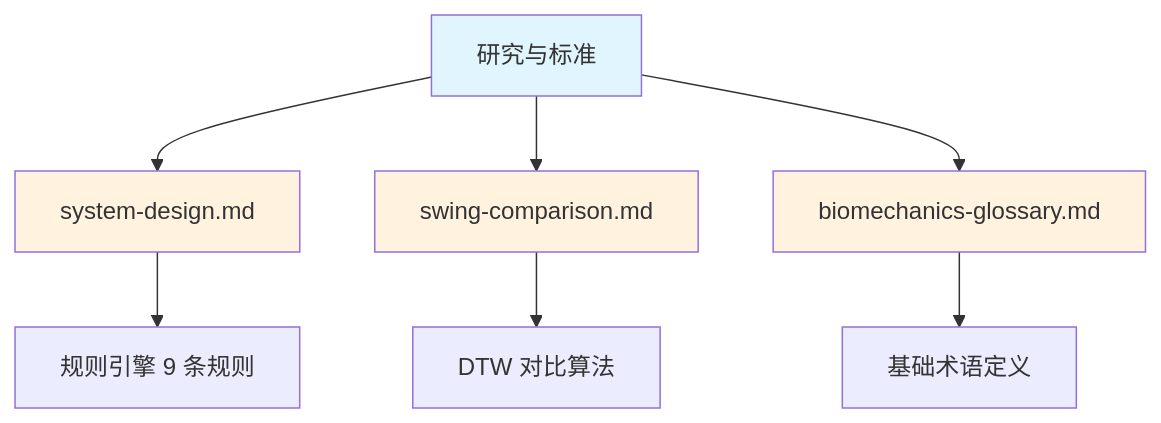
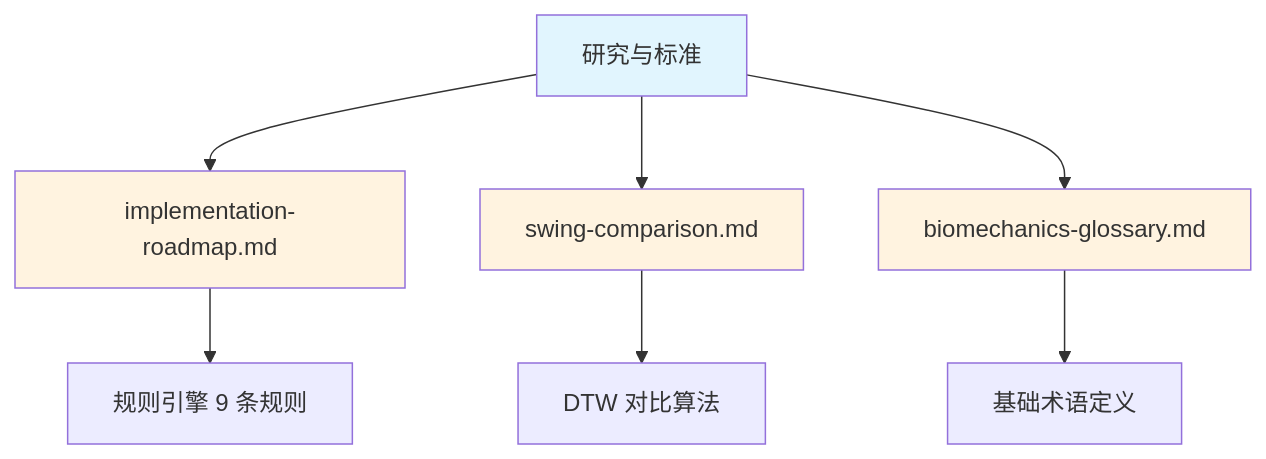
One commit to movement-chain-ai/movement-chain-docs changed the diagram in docs/zh/design/research/index.md. Above: the diagram before and after it, drawn with Mermaid. The commit also changed other lines of this file and 2 other files, not shown here.

````diff
--- a/docs/zh/design/research/index.md
+++ b/docs/zh/design/research/index.md
@@ -76,15 +77,15 @@
 ```mermaid
 graph TD
-    A[研究与标准] --> B[system-design.md]
+    A[研究与标准] --> B[implementation-roadmap.md]
     A --> C[swing-comparison.md]
     A --> D[biomechanics-glossary.md]
 
     B --> E[规则引擎 9 条规则]
     C --> F[DTW 对比算法]
     D --> G[基础术语定义]
 
     style A fill:#e1f5fe
     style B fill:#fff3e0
     style C fill:#fff3e0
     style D fill:#fff3e0
 ```
````
